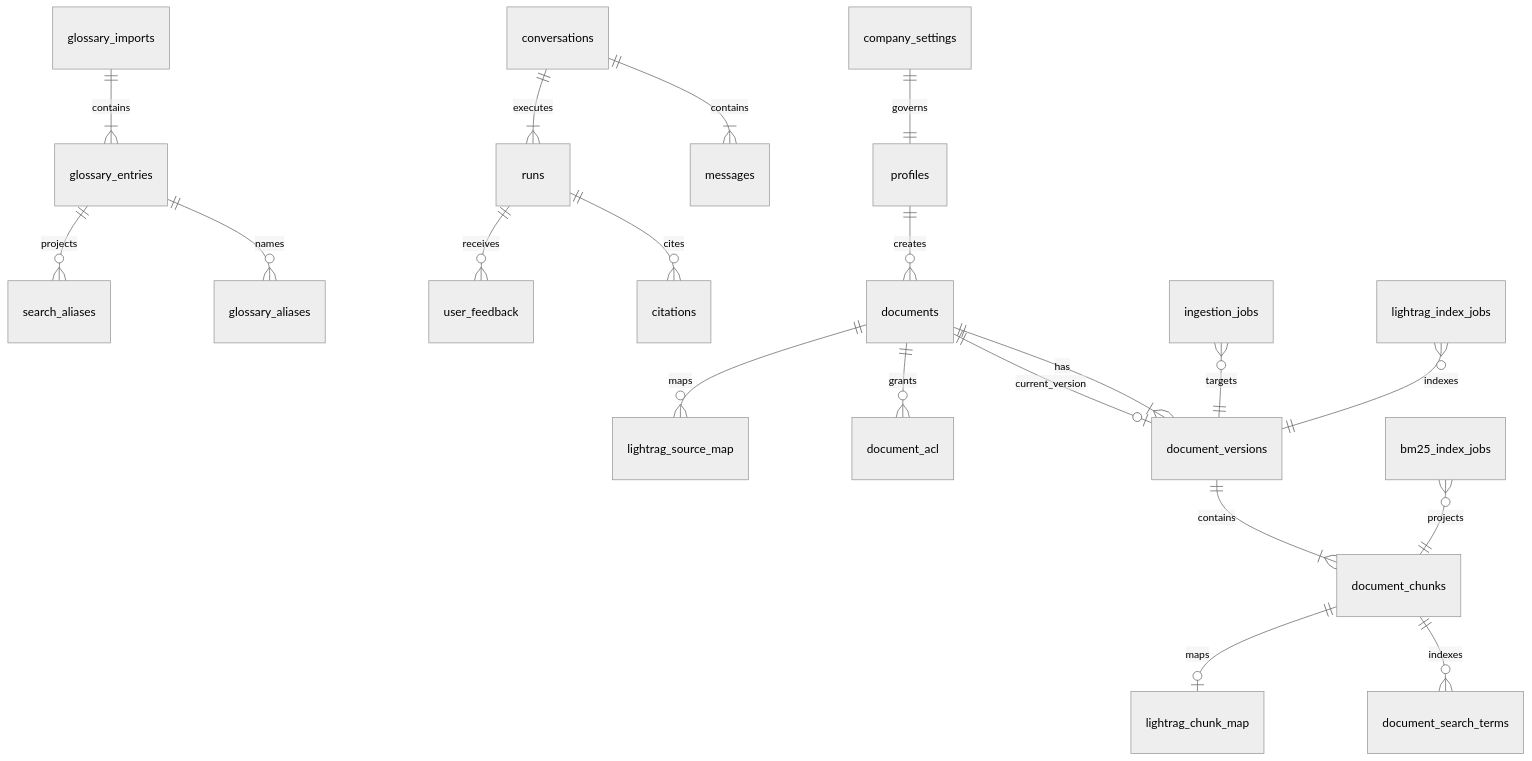
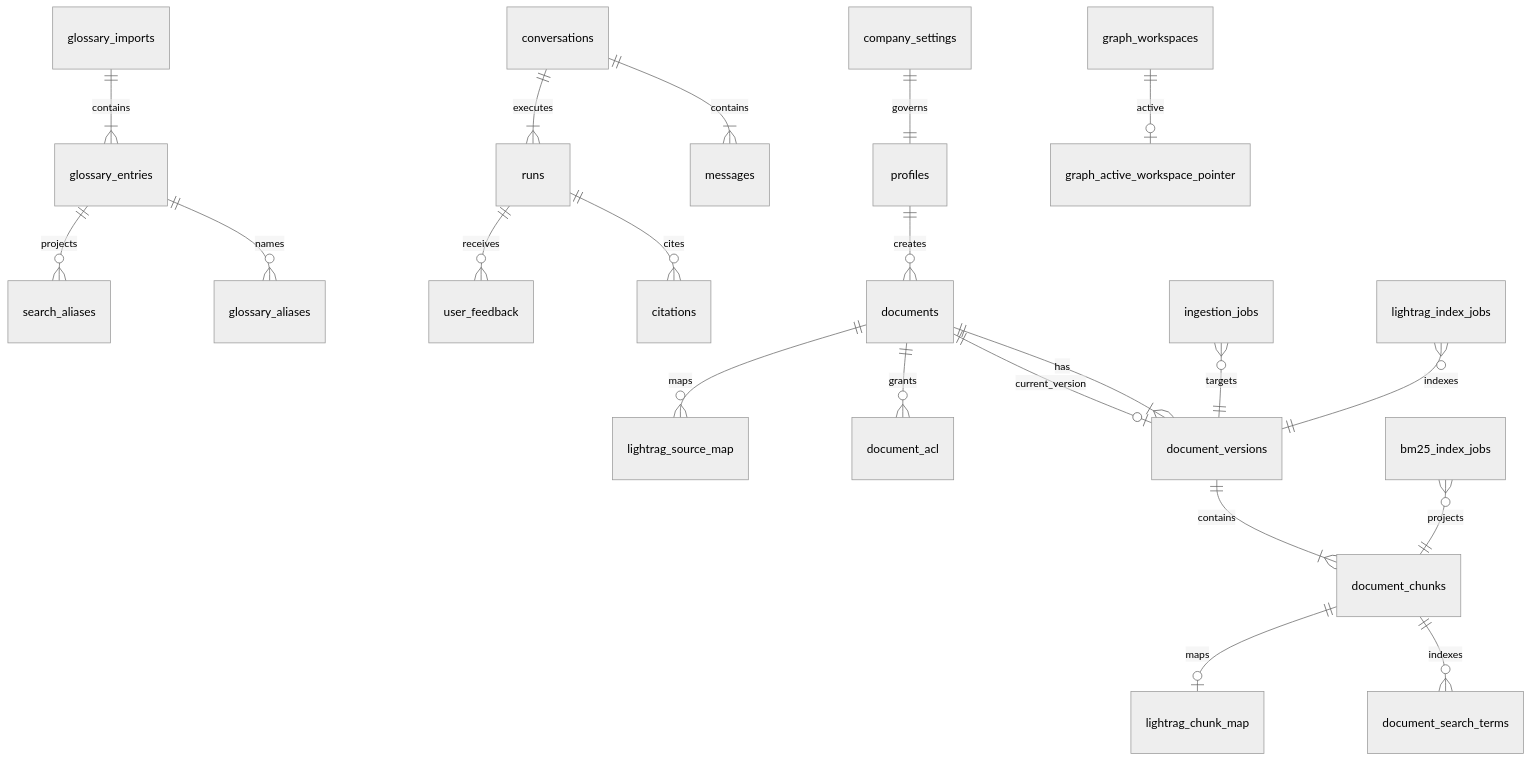
Before and after one commit to Nagdy8888/smart-rag: the diagram in docs/architecture/08-data-dictionary.md, drawn with Mermaid (neutral theme). The commit also changed other lines of this file and 30 other files, not shown here.

Commit message:
Bootstrap private LightRAG storage from the 1.5.6 pin and attach runtime pools as app_lightrag without DDL so GraphRAG can use session-mode Postgres inside the signed connection budget.

````diff
--- a/docs/architecture/08-data-dictionary.md
+++ b/docs/architecture/08-data-dictionary.md
@@ -22,22 +22,23 @@
 ```mermaid
 erDiagram
   profiles ||--o{ documents : creates
   documents ||--|{ document_versions : has
   documents ||--o| document_versions : current_version
   document_versions ||--|{ document_chunks : contains
   document_chunks ||--o{ document_search_terms : indexes
   glossary_imports ||--|{ glossary_entries : contains
   glossary_entries ||--o{ glossary_aliases : names
   glossary_entries ||--o{ search_aliases : projects
   documents ||--o{ document_acl : grants
   documents ||--o{ lightrag_source_map : maps
   document_chunks ||--o| lightrag_chunk_map : maps
   conversations ||--|{ messages : contains
   conversations ||--|{ runs : executes
   runs ||--o{ citations : cites
   runs ||--o{ user_feedback : receives
   ingestion_jobs }o--|| document_versions : targets
   bm25_index_jobs }o--|| document_chunks : projects
   lightrag_index_jobs }o--|| document_versions : indexes
+  graph_workspaces ||--o| graph_active_workspace_pointer : active
   company_settings ||--|| profiles : governs
 ```
````
